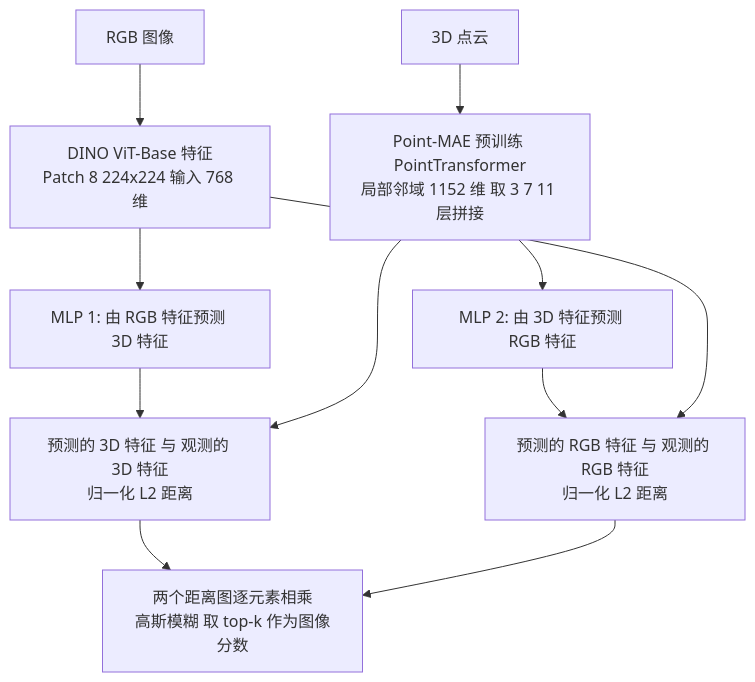
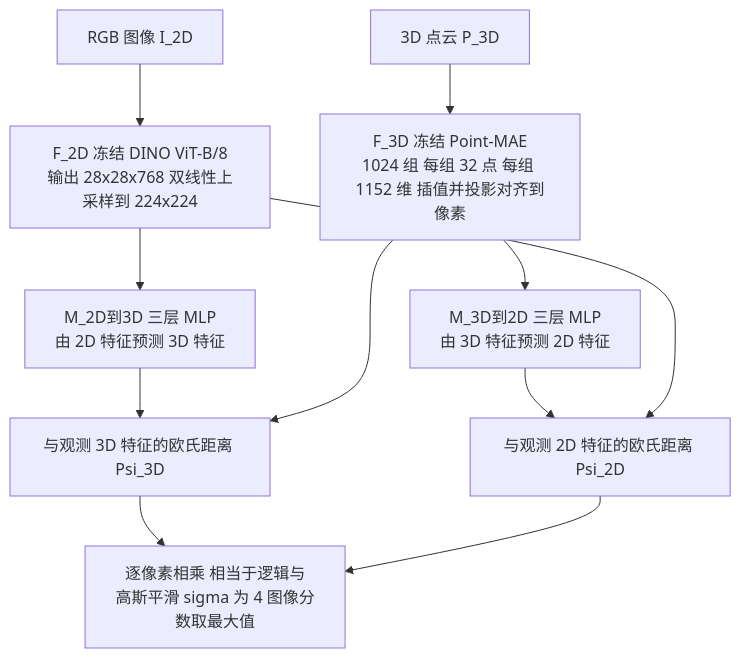
The diagram in docs/0762_paper_CFM.md (junxnone/aiwiki), drawn with Mermaid before and after one commit. The commit also changed other lines of this file and 1 other file, not shown here.

````diff
--- a/docs/0762_paper_CFM.md
+++ b/docs/0762_paper_CFM.md
@@ -19,13 +22,13 @@
 ```mermaid
 graph TD
-    R["RGB 图像"] --> FR["DINO ViT-Base 特征<br/>Patch 8 224x224 输入 768 维"]
-    P["3D 点云"] --> FP["Point-MAE 预训练 PointTransformer<br/>局部邻域 1152 维 取 3 7 11 层拼接"]
-    FR --> M1["MLP 1: 由 RGB 特征预测 3D 特征"]
-    FP --> M2["MLP 2: 由 3D 特征预测 RGB 特征"]
-    M1 --> D1["预测的 3D 特征 与 观测的 3D 特征<br/>归一化 L2 距离"]
-    FP --> D1
-    M2 --> D2["预测的 RGB 特征 与 观测的 RGB 特征<br/>归一化 L2 距离"]
-    FR --> D2
-    D1 --> A["两个距离图逐元素相乘<br/>高斯模糊 取 top-k 作为图像分数"]
+    R["RGB 图像 I_2D"] --> F2["F_2D 冻结 DINO ViT-B/8<br/>输出 28x28x768 双线性上采样到 224x224"]
+    P["3D 点云 P_3D"] --> F3["F_3D 冻结 Point-MAE<br/>1024 组 每组 32 点 每组 1152 维 插值并投影对齐到像素"]
+    F2 --> M1["M_2D到3D 三层 MLP<br/>由 2D 特征预测 3D 特征"]
+    F3 --> M2["M_3D到2D 三层 MLP<br/>由 3D 特征预测 2D 特征"]
+    M1 --> D3["与观测 3D 特征的欧氏距离 Psi_3D"]
+    F3 --> D3
+    M2 --> D2["与观测 2D 特征的欧氏距离 Psi_2D"]
+    F2 --> D2
+    D3 --> A["逐像素相乘 相当于逻辑与<br/>高斯平滑 sigma 为 4 图像分数取最大值"]
     D2 --> A
 ```
````
